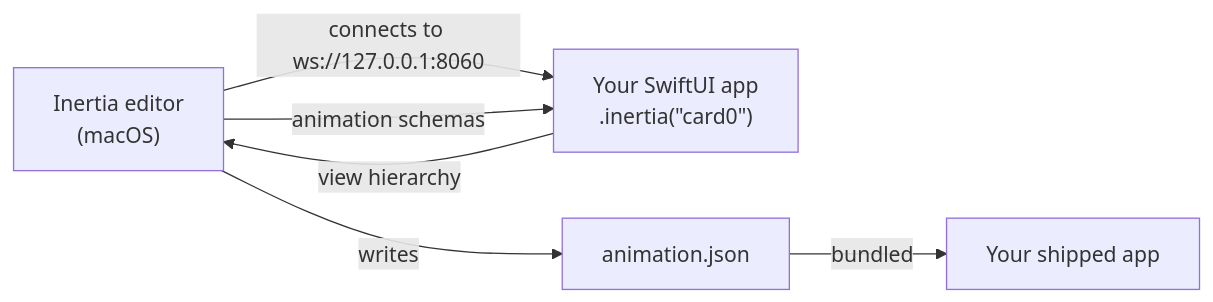
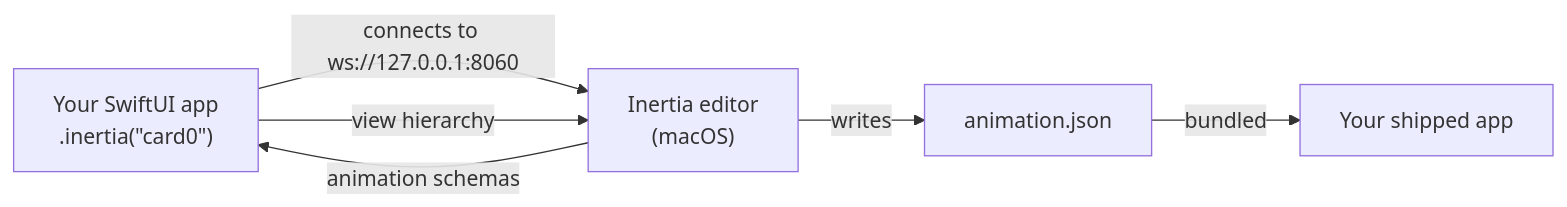
Before and after one commit to hpennington/Inertia: the diagram in user_guides/diagrams/architecture.mmd, drawn with Mermaid. The commit also changed 12 other files, not shown here.

```diff
--- a/user_guides/diagrams/architecture.mmd
+++ b/user_guides/diagrams/architecture.mmd
@@ -1,6 +1,6 @@
 flowchart LR
-    B["Inertia editor<br/>(macOS)"] -->|"connects to ws://127.0.0.1:8060"| A["Your SwiftUI app<br/>.inertia(#quot;card0#quot;)"]
+    A["Your SwiftUI app<br/>.inertia(#quot;card0#quot;)"] -->|"connects to ws://127.0.0.1:8060"| B["Inertia editor<br/>(macOS)"]
     A -->|"view hierarchy"| B
     B -->|"animation schemas"| A
     B -->|"writes"| C["animation.json"]
     C -->|"bundled"| D["Your shipped app"]
```
